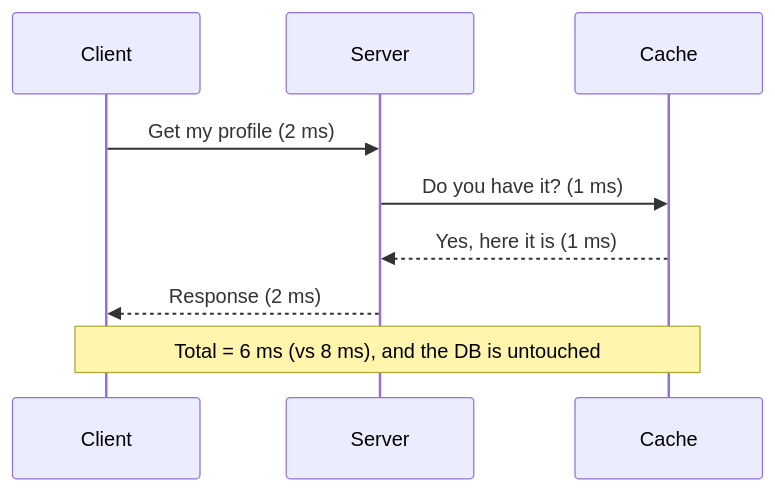
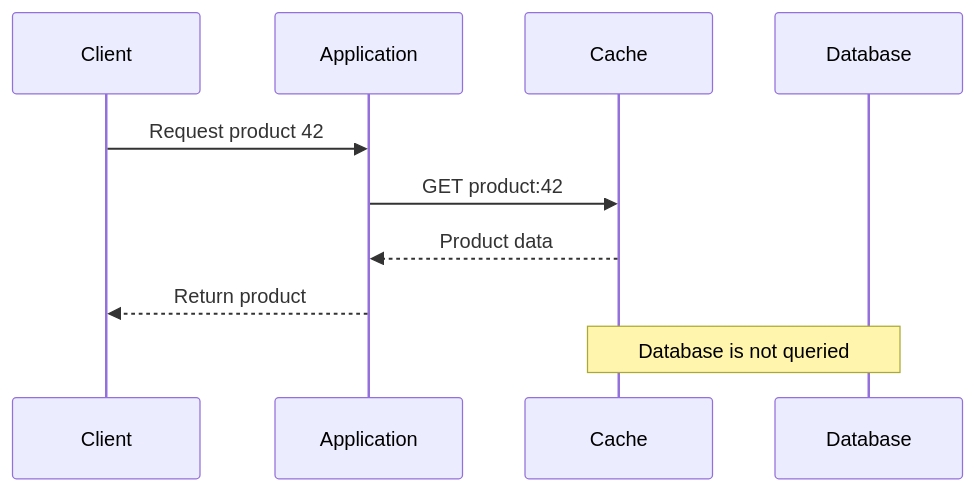
The third of 13 diagrams in 08_caching/README.md (HARRISAMIN432/system-design-hld), drawn with Mermaid before and after one commit. The commit also changed other lines of this file and 11 other files, not shown here.

````diff
--- a/08_caching/README.md
+++ b/08_caching/README.md
@@ -59,12 +213,14 @@
 ```mermaid
 sequenceDiagram
     participant C as Client
-    participant S as Server
+    participant A as Application
     participant K as Cache
+    participant D as Database
 
-    C->>S: Get my profile (2 ms)
-    S->>K: Do you have it? (1 ms)
-    K-->>S: Yes, here it is (1 ms)
-    S-->>C: Response (2 ms)
-    Note over C,K: Total = 6 ms (vs 8 ms), and the DB is untouched
+    C->>A: Request product 42
+    A->>K: GET product:42
+    K-->>A: Product data
+    A-->>C: Return product
+
+    Note over K,D: Database is not queried
 ```
````
